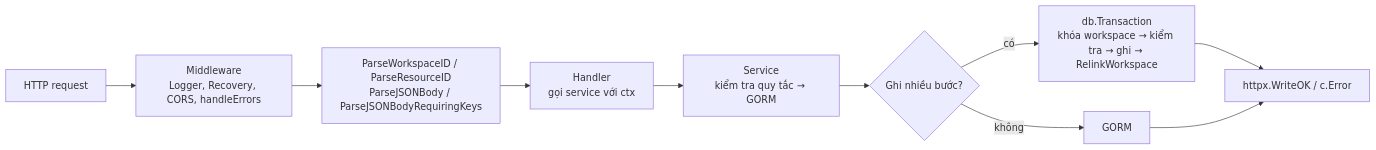
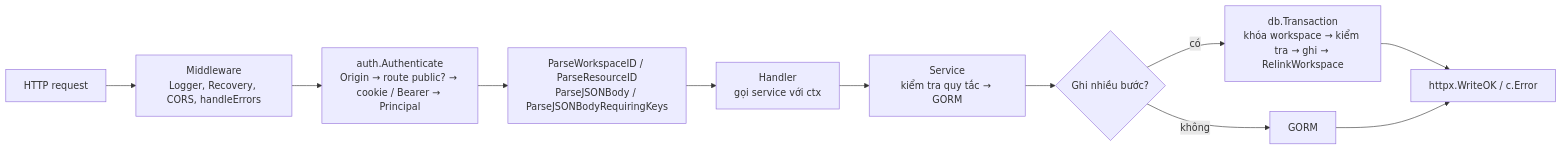
Before and after one commit to ngtrthvu3007/nodus: the second of 2 diagrams in docs/backend-map.md, drawn with Mermaid. The commit also changed other lines of this file and 3 other files, not shown here.

````diff
--- a/docs/backend-map.md
+++ b/docs/backend-map.md
@@ -68,12 +75,13 @@
 ```mermaid
 flowchart LR
     Req[HTTP request] --> MW[Middleware<br/>Logger, Recovery, CORS, handleErrors]
-    MW --> Parse[ParseWorkspaceID / ParseResourceID<br/>ParseJSONBody / ParseJSONBodyRequiringKeys]
+    MW --> Auth["auth.Authenticate<br/>Origin → route public? → cookie / Bearer → Principal"]
+    Auth --> Parse[ParseWorkspaceID / ParseResourceID<br/>ParseJSONBody / ParseJSONBodyRequiringKeys]
     Parse --> H[Handler<br/>gọi service với ctx]
     H --> S[Service<br/>kiểm tra quy tắc → GORM]
     S --> Tx{Ghi nhiều bước?}
     Tx -- có --> Trans["db.Transaction<br/>khóa workspace → kiểm tra → ghi → RelinkWorkspace"]
     Tx -- không --> Query[GORM]
     Trans --> Res[httpx.WriteOK / c.Error]
     Query --> Res
 ```
````
